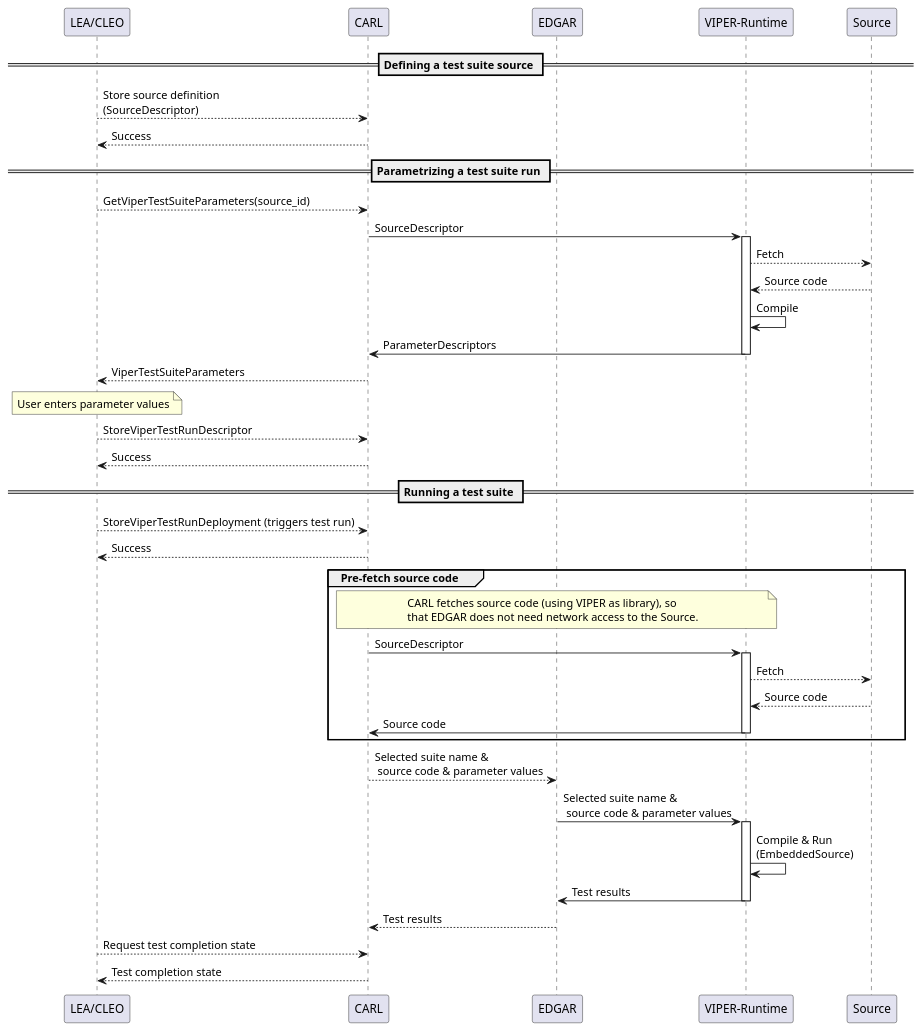
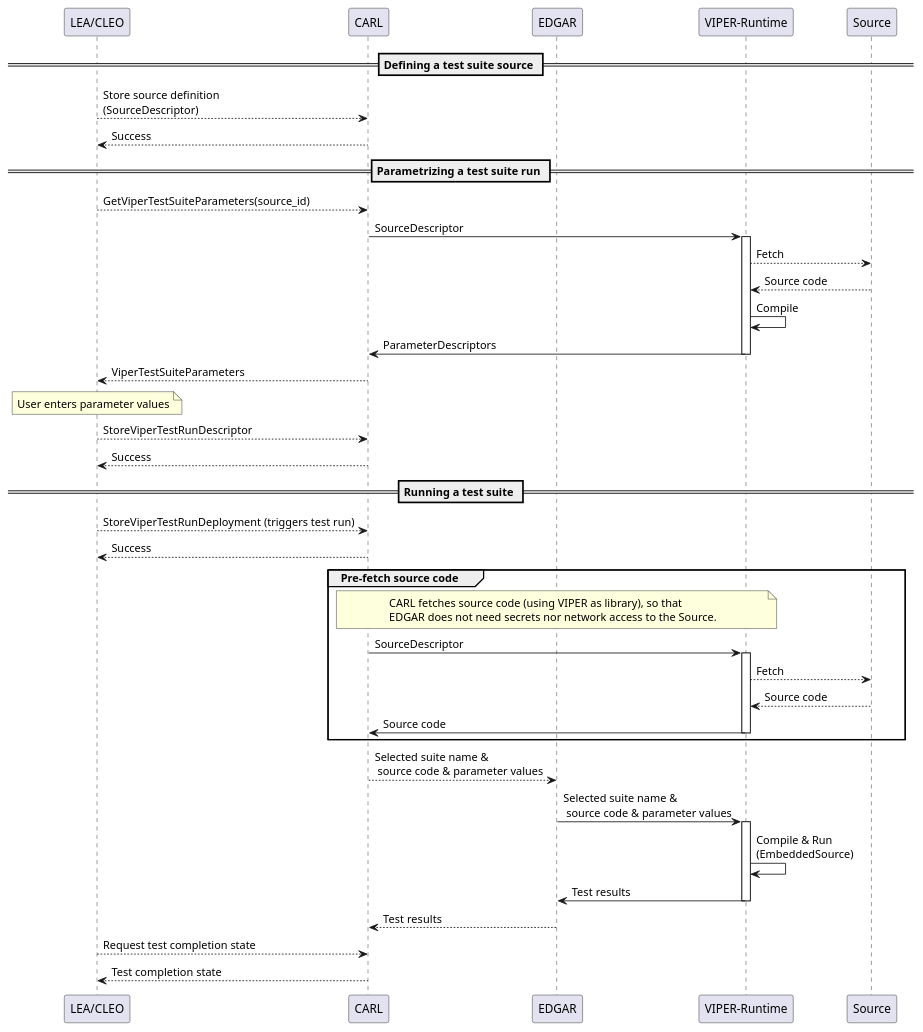
The diagram in doc/src/architecture/viper/index.md (eclipse-opendut/opendut), drawn with PlantUML before and after one commit.

Commit message:
Doc VIPER Architecture: Mention that EDGAR also does not need secrets, if CARL downloads the source code.

````diff
--- a/doc/src/architecture/viper/index.md
+++ b/doc/src/architecture/viper/index.md
@@ -118,68 +118,68 @@
 ```plantuml
 participant "LEA/CLEO" as UI
 participant CARL
 participant EDGAR
 participant "VIPER-Runtime" as VIPER
 participant Source
 
 
 == Defining a test suite source ==
 
 UI --> CARL: Store source definition\n(SourceDescriptor)
 UI <-- CARL: Success
 
 
 == Parametrizing a test suite run ==
 
 UI --> CARL: GetViperTestSuiteParameters(source_id)
 CARL -> VIPER: SourceDescriptor
 
 activate VIPER
 VIPER --> Source: Fetch
 VIPER <-- Source: Source code
 VIPER -> VIPER: Compile
 CARL <- VIPER: ParameterDescriptors
 deactivate VIPER
 
 UI <-- CARL: ViperTestSuiteParameters
 
 note over UI: User enters parameter values
 
 UI --> CARL: StoreViperTestRunDescriptor
 UI <-- CARL: Success
 
 
 == Running a test suite ==
 
 UI --> CARL: StoreViperTestRunDeployment (triggers test run)
 CARL --> UI: Success
 
 
 
 group Pre-fetch source code
 
-note over CARL, VIPER: CARL fetches source code (using VIPER as library), so \nthat EDGAR does not need network access to the Source.
+note over CARL, VIPER: CARL fetches source code (using VIPER as library), so that \nEDGAR does not need secrets nor network access to the Source.
 CARL -> VIPER: SourceDescriptor
 activate VIPER
 VIPER --> Source: Fetch
 VIPER <-- Source: Source code
 CARL <- VIPER: Source code
 deactivate VIPER
 
 end
 
 
 CARL --> EDGAR: Selected suite name & \n source code & parameter values
 
 EDGAR -> VIPER: Selected suite name & \n source code & parameter values
 
 activate VIPER
 VIPER -> VIPER: Compile & Run \n(EmbeddedSource)
 EDGAR <- VIPER: Test results
 deactivate VIPER
 
 CARL <-- EDGAR: Test results
 
 UI --> CARL: Request test completion state
 UI <-- CARL: Test completion state
 ```
````
